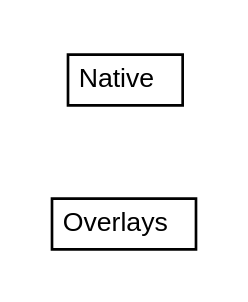
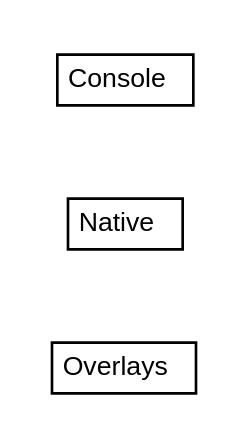
The diagram in javadoc/apidocs/org/turbogwt/core/util/client/org.turbogwt.core.util.client.dot (growbit/turbogwt-core), drawn with Graphviz before and after one commit. The commit also changed 193 other files, not shown here.

```diff
--- a/javadoc/apidocs/org/turbogwt/core/util/client/org.turbogwt.core.util.client.dot
+++ b/javadoc/apidocs/org/turbogwt/core/util/client/org.turbogwt.core.util.client.dot
@@ -1,25 +1,31 @@
 #!/usr/local/bin/dot
 #
 # Class diagram 
 # Generated by UMLGraph version R5_6-24-gf6e263 (http://www.umlgraph.org/)
 #
 
 digraph G {
 	edge [fontname="arial",fontsize=10,labelfontname="arial",labelfontsize=10];
 	node [fontname="arial",fontsize=10,shape=plaintext];
 	nodesep=0.25;
 	ranksep=0.5;
 	rankdir=LR;
 	// org.turbogwt.core.util.client.Overlays
-	c37 [label=<<table title="org.turbogwt.core.util.client.Overlays" border="0" cellborder="1" cellspacing="0" cellpadding="2" port="p" href="./Overlays.html">
+	c134 [label=<<table title="org.turbogwt.core.util.client.Overlays" border="0" cellborder="1" cellspacing="0" cellpadding="2" port="p" href="./Overlays.html">
 		<tr><td><table border="0" cellspacing="0" cellpadding="1">
 <tr><td align="center" balign="center"> Overlays </td></tr>
 		</table></td></tr>
 		</table>>, URL="./Overlays.html", fontname="arial", fontcolor="black", fontsize=10.0];
 	// org.turbogwt.core.util.client.Native
-	c38 [label=<<table title="org.turbogwt.core.util.client.Native" border="0" cellborder="1" cellspacing="0" cellpadding="2" port="p" href="./Native.html">
+	c135 [label=<<table title="org.turbogwt.core.util.client.Native" border="0" cellborder="1" cellspacing="0" cellpadding="2" port="p" href="./Native.html">
 		<tr><td><table border="0" cellspacing="0" cellpadding="1">
 <tr><td align="center" balign="center"> Native </td></tr>
 		</table></td></tr>
 		</table>>, URL="./Native.html", fontname="arial", fontcolor="black", fontsize=10.0];
+	// org.turbogwt.core.util.client.Console
+	c136 [label=<<table title="org.turbogwt.core.util.client.Console" border="0" cellborder="1" cellspacing="0" cellpadding="2" port="p" href="./Console.html">
+		<tr><td><table border="0" cellspacing="0" cellpadding="1">
+<tr><td align="center" balign="center"> Console </td></tr>
+		</table></td></tr>
+		</table>>, URL="./Console.html", fontname="arial", fontcolor="black", fontsize=10.0];
 }
```
